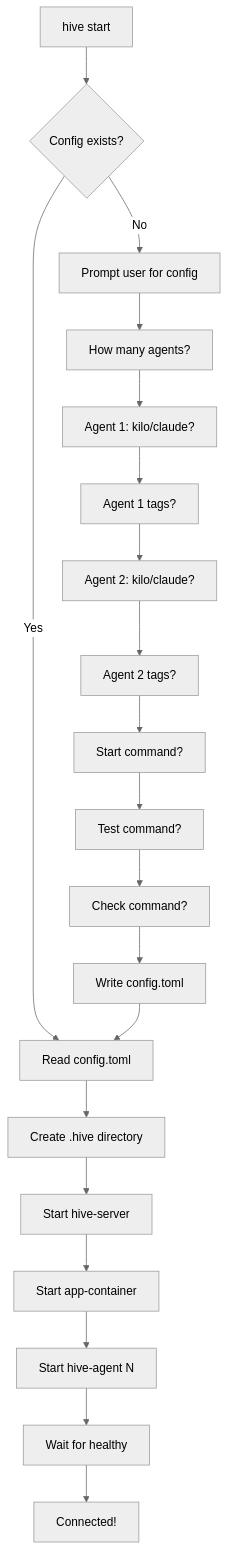
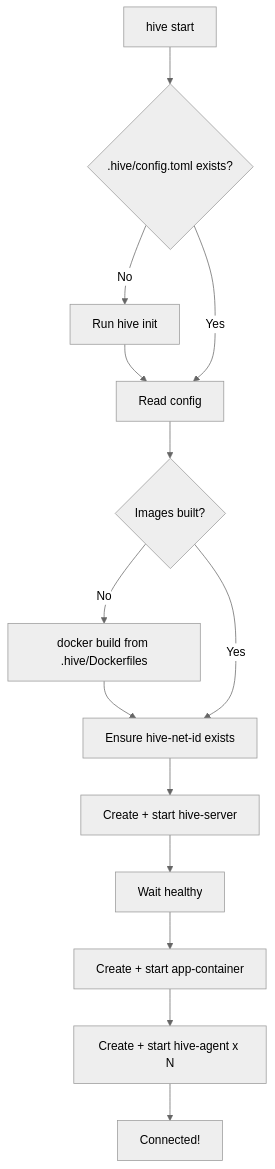
One commit to hivemind-ai-core/the-hive changed the first of 3 diagrams in spec/02-hive-cli.md. Above: the diagram before and after it, drawn with Mermaid (neutral theme). The commit also changed other lines of this file and 82 other files, not shown here.

````diff
--- a/spec/02-hive-cli.md
+++ b/spec/02-hive-cli.md
@@ -63,25 +101,16 @@
 ```mermaid
 flowchart TD
-    A[hive start] --> B{Config exists?}
-    
-    B -->|No| C[Prompt user for config]
-    C --> D[How many agents?]
-    D --> E[Agent 1: kilo/claude?]
-    E --> F[Agent 1 tags?]
-    F --> G[Agent 2: kilo/claude?]
-    G --> H[Agent 2 tags?]
-    H --> I[Start command?]
-    I --> J[Test command?]
-    J --> K[Check command?]
-    K --> L[Write config.toml]
-    
-    B -->|Yes| M[Read config.toml]
-    L --> M
-    
-    M --> N[Create .hive directory]
-    N --> O[Start hive-server]
-    O --> P[Start app-container]
-    P --> Q[Start hive-agent N]
-    Q --> R[Wait for healthy]
-    R --> S[Connected!]
+    A[hive start] --> B{.hive/config.toml exists?}
+    B -->|No| C[Run hive init]
+    C --> D
+    B -->|Yes| D[Read config]
+    D --> E{Images built?}
+    E -->|No| F[docker build from .hive/Dockerfiles]
+    F --> G
+    E -->|Yes| G[Ensure hive-net-id exists]
+    G --> H[Create + start hive-server]
+    H --> I[Wait healthy]
+    I --> J[Create + start app-container]
+    J --> K[Create + start hive-agent x N]
+    K --> L[Connected!]
 ```
````
